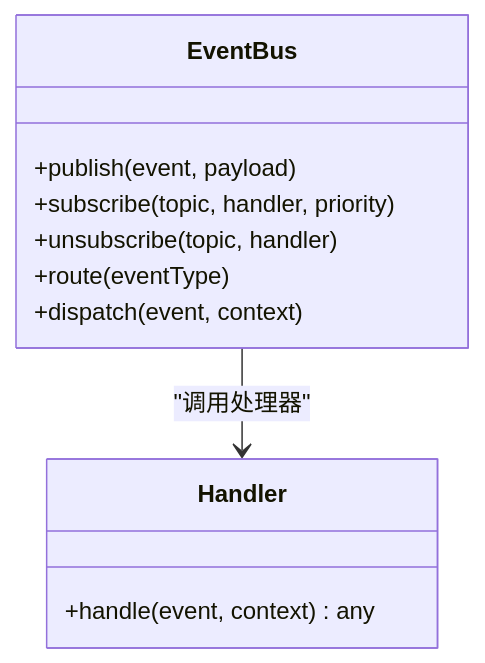
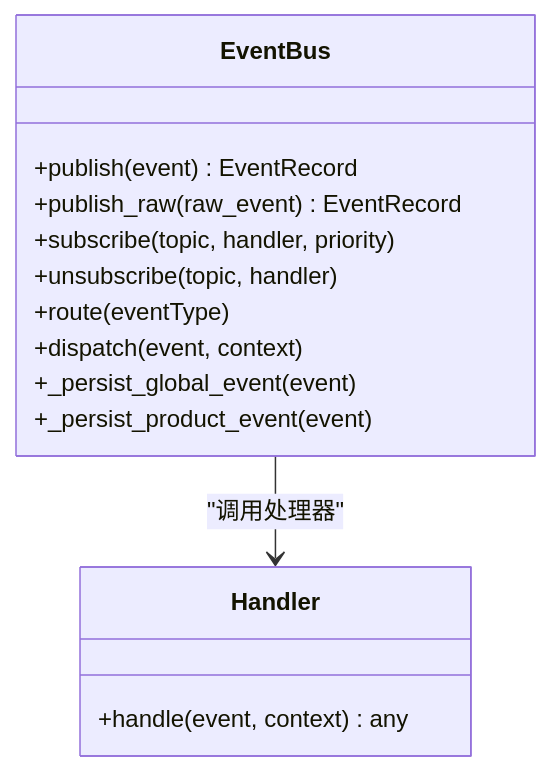
One commit to angledick/- changed the third of 9 diagrams in .qoder/repowiki/zh/content/系统架构/事件驱动系统/事件驱动系统.md. Above: the diagram before and after it, drawn with Mermaid. The commit also changed other lines of this file and 770 other files, not shown here.

````diff
--- a/.qoder/repowiki/zh/content/系统架构/事件驱动系统/事件驱动系统.md
+++ b/.qoder/repowiki/zh/content/系统架构/事件驱动系统/事件驱动系统.md
@@ -144,14 +192,17 @@
 ```mermaid
 classDiagram
 class EventBus {
-+publish(event, payload)
++publish(event) EventRecord
++publish_raw(raw_event) EventRecord
 +subscribe(topic, handler, priority)
 +unsubscribe(topic, handler)
 +route(eventType)
 +dispatch(event, context)
++_persist_global_event(event)
++_persist_product_event(event)
 }
 class Handler {
 +handle(event, context) any
 }
 EventBus --> Handler : "调用处理器"
 ```
````
